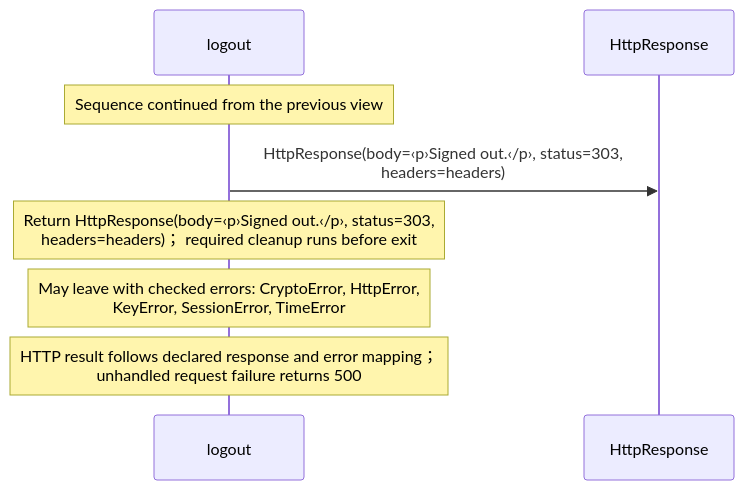
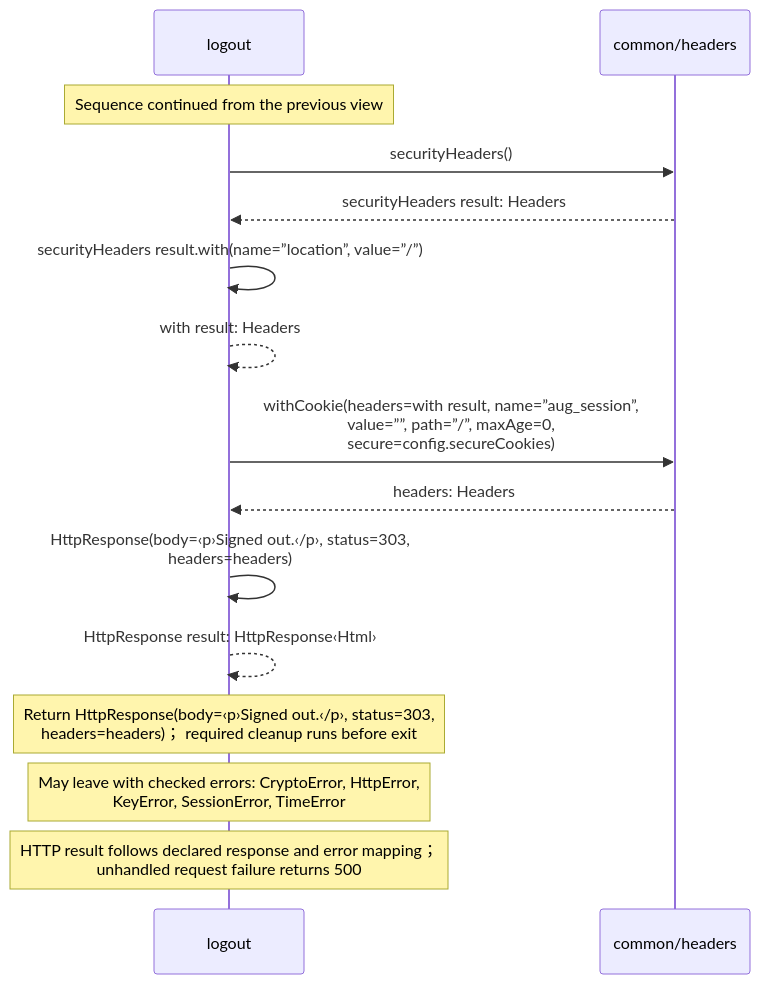
Before and after one commit to GreenPandaStudios/augscript: the fourth of 4 diagrams in docs/examples/oidc-login/client/logout-diagrams.md, drawn with Mermaid. The commit also changed other lines of this file and 304 other files, not shown here.

Commit message:
Make generated data-flow sequences concise and review every diagram

````diff
--- a/docs/examples/oidc-login/client/logout-diagrams.md
+++ b/docs/examples/oidc-login/client/logout-diagrams.md
@@ -125,10 +101,17 @@
 ```mermaid
 sequenceDiagram
     participant p0 as logout
-    participant p1 as HttpResponse
+    participant p1 as common/headers
     Note over p0: Sequence continued from the previous view
-    p0->>p1: HttpResponse(body=‹p›Signed out.‹/p›, status=303,<br/>headers=headers)
+    p0->>p1: securityHeaders()
+    p1-->>p0: securityHeaders result: Headers
+    p0->>p0: securityHeaders result.with(name=”location”, value=”/”)
+    p0-->>p0: with result: Headers
+    p0->>p1: withCookie(headers=with result, name=”aug_session”,<br/>value=””, path=”/”, maxAge=0,<br/>secure=config.secureCookies)
+    p1-->>p0: headers: Headers
+    p0->>p0: HttpResponse(body=‹p›Signed out.‹/p›, status=303,<br/>headers=headers)
+    p0-->>p0: HttpResponse result: HttpResponse‹Html›
     Note over p0: Return HttpResponse(body=‹p›Signed out.‹/p›, status=303,<br/>headers=headers)； required cleanup runs before exit
     Note over p0: May leave with checked errors: CryptoError, HttpError,<br/>KeyError, SessionError, TimeError
     Note over p0: HTTP result follows declared response and error mapping；<br/>unhandled request failure returns 500
 ```
````
